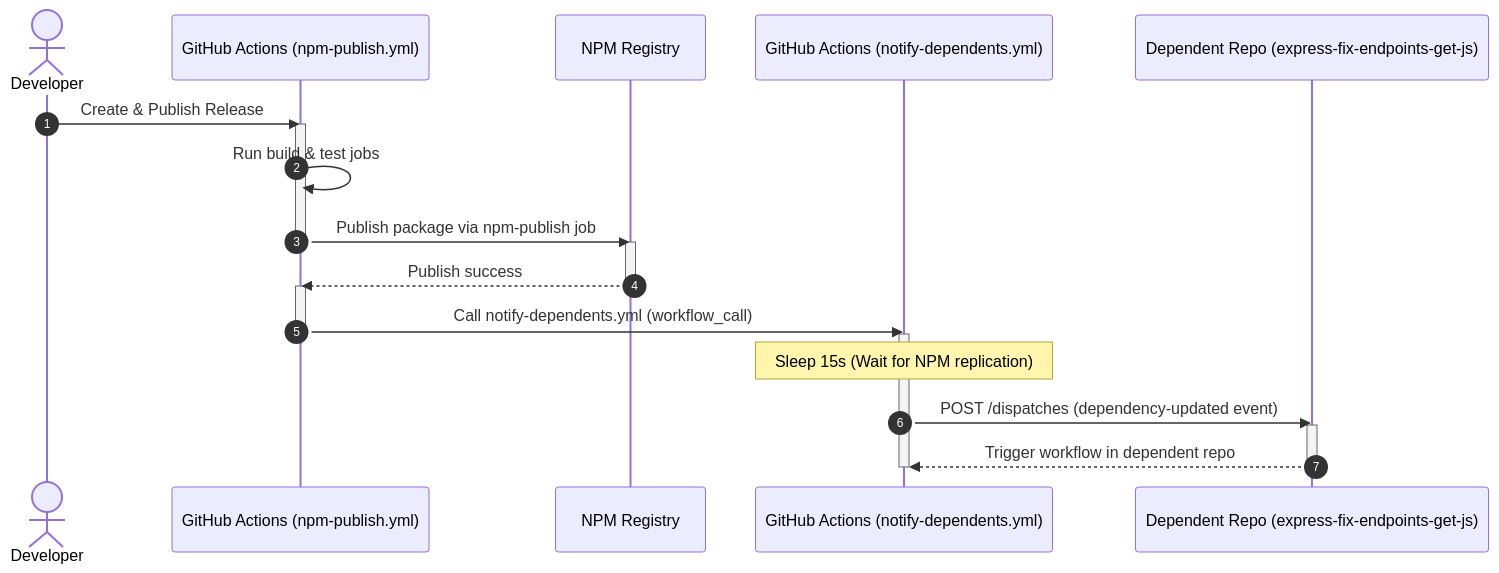
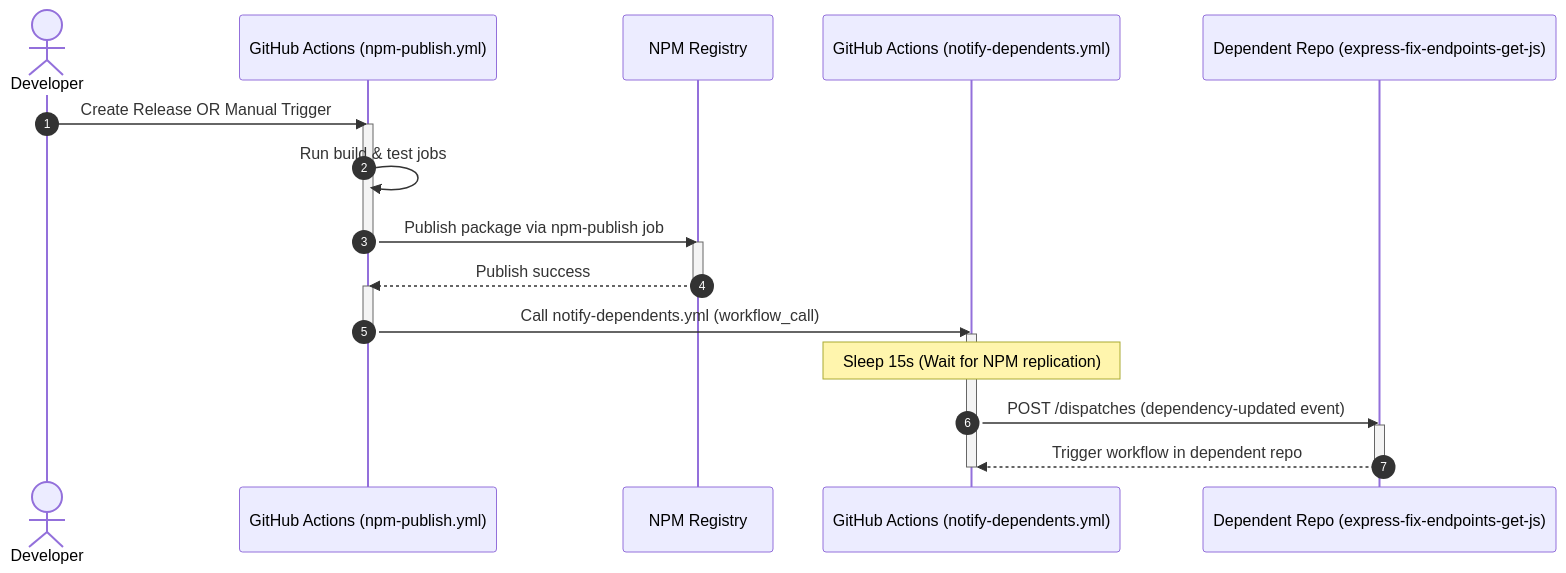
Before and after one commit to keshavsoft/express-fix-any-js: the diagram in workflow-story.md, drawn with Mermaid. The commit also changed other lines of this file and 1 other file, not shown here.

Commit message:
feat: add workflow_dispatch trigger to npm-publish action and update documentation

````diff
--- a/workflow-story.md
+++ b/workflow-story.md
@@ -15,31 +15,31 @@
 ```mermaid
 sequenceDiagram
     autonumber
     actor Developer
     participant GH as GitHub Actions (npm-publish.yml)
     participant NPM as NPM Registry
     participant Callee as GitHub Actions (notify-dependents.yml)
     participant DepRepo as Dependent Repo (express-fix-endpoints-get-js)
 
-    Developer->>GH: Create & Publish Release
+    Developer->>GH: Create Release OR Manual Trigger
     activate GH
     GH->>GH: Run build & test jobs
     GH->>NPM: Publish package via npm-publish job
     deactivate GH
     activate NPM
     NPM-->>GH: Publish success
     deactivate NPM
     
     activate GH
     GH->>Callee: Call notify-dependents.yml (workflow_call)
     deactivate GH
     activate Callee
     
     Note over Callee: Sleep 15s (Wait for NPM replication)
     
     Callee->>DepRepo: POST /dispatches (dependency-updated event)
     activate DepRepo
     DepRepo-->>Callee: Trigger workflow in dependent repo
     deactivate DepRepo
     deactivate Callee
 ```
````
